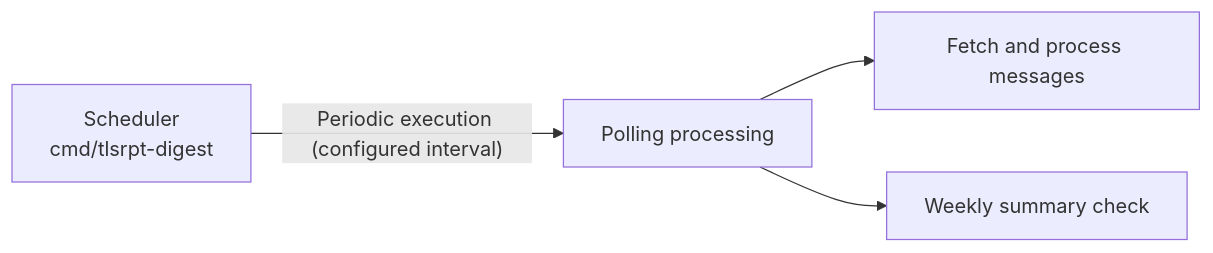
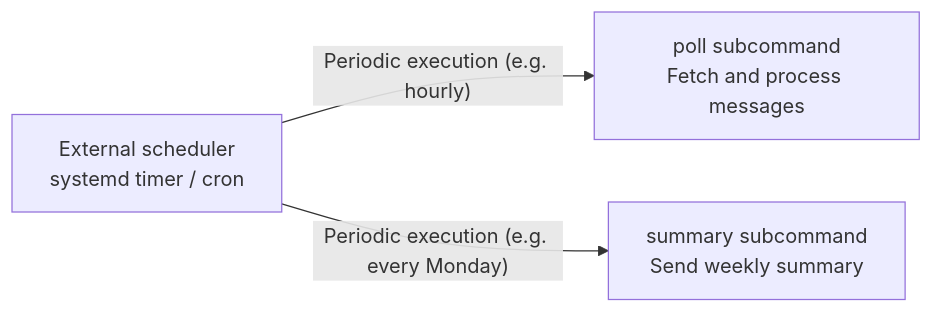
One commit to isseis/tlsrpt-digest changed the second of 2 diagrams in docs/overview.md. Above: the diagram before and after it, drawn with Mermaid. The commit also changed other lines of this file, not shown here.

Commit message:
docs: update overview.md with differential translation from overview.ja.md
Apply 4 changes matching updates made to overview.ja.md:
- Item 1: "polling" → "connecting to" an IMAP mailbox
- Section "Polling Cycle" → "Execution Model": replace internal
  scheduler diagram with one-shot + external scheduler (systemd/cron)
- Package tree: imap comment updated ("polling" → "connection")
- Package table: store and cmd/tlsrpt-digest descriptions updated

````diff
--- a/docs/overview.md
+++ b/docs/overview.md
@@ -48,11 +50,9 @@
 ```mermaid
 flowchart LR
-    S["Scheduler<br>cmd/tlsrpt-digest"]
-    P["Polling processing"]
-    M["Fetch and process messages"]
-    W["Weekly summary check"]
+    S["External scheduler<br>systemd timer / cron"]
+    Poll["poll subcommand<br>Fetch and process messages"]
+    Summary["summary subcommand<br>Send weekly summary"]
 
-    S -->|"Periodic execution (configured interval)"| P
-    P --> M
-    P --> W
+    S -->|"Periodic execution (e.g. hourly)"| Poll
+    S -->|"Periodic execution (e.g. every Monday)"| Summary
 ```
````
